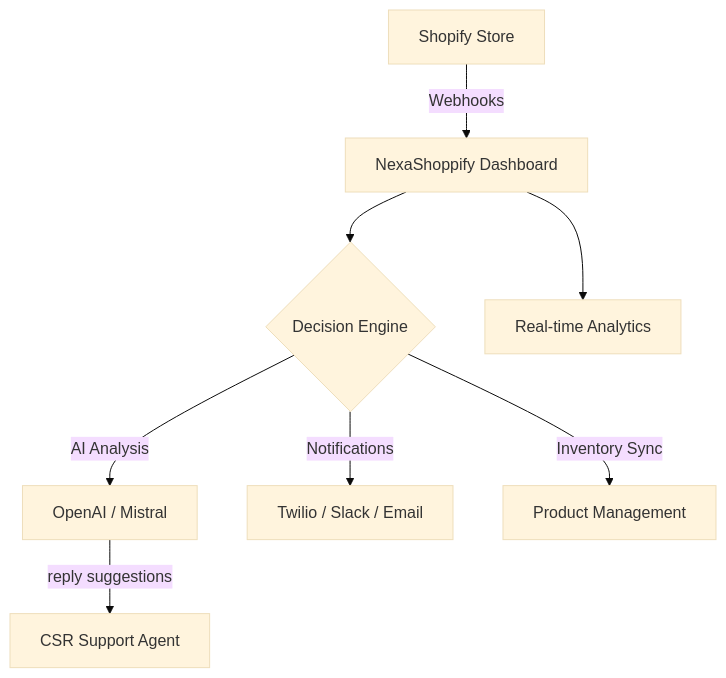
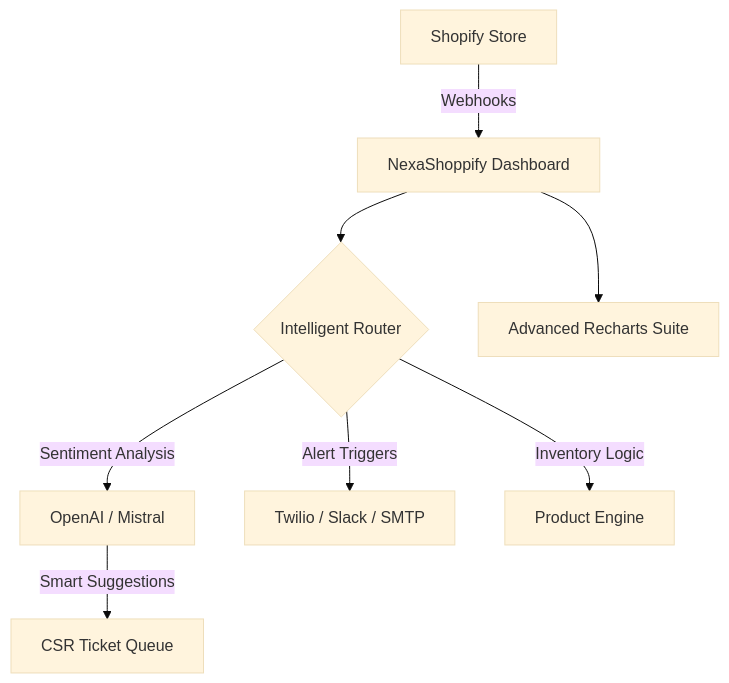
The diagram in README.md (maliklogix/NexaShoppify), drawn with Mermaid (base theme) before and after one commit. The commit also changed other lines of this file, not shown here.

Commit message:
🚀 Mega-Expansion: Advanced documentation, technical deep-dive, and vision

````diff
--- a/README.md
+++ b/README.md
@@ -33,10 +49,10 @@
 ```mermaid
 graph TD
     A[Shopify Store] -->|Webhooks| B[NexaShoppify Dashboard]
-    B --> C{Decision Engine}
-    C -->|AI Analysis| D[OpenAI / Mistral]
-    C -->|Notifications| E[Twilio / Slack / Email]
-    C -->|Inventory Sync| F[Product Management]
-    D -->|reply suggestions| G[CSR Support Agent]
-    B --> H[Real-time Analytics]
+    B --> C{Intelligent Router}
+    C -->|Sentiment Analysis| D[OpenAI / Mistral]
+    C -->|Alert Triggers| E[Twilio / Slack / SMTP]
+    C -->|Inventory Logic| F[Product Engine]
+    D -->|Smart Suggestions| G[CSR Ticket Queue]
+    B --> H[Advanced Recharts Suite]
 ```
````
